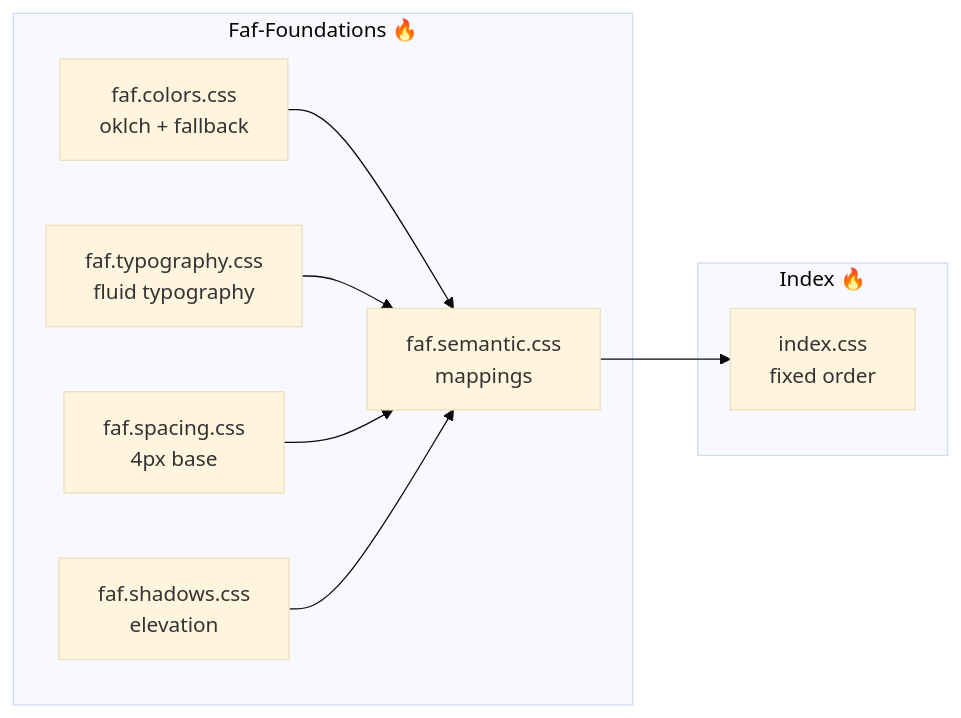
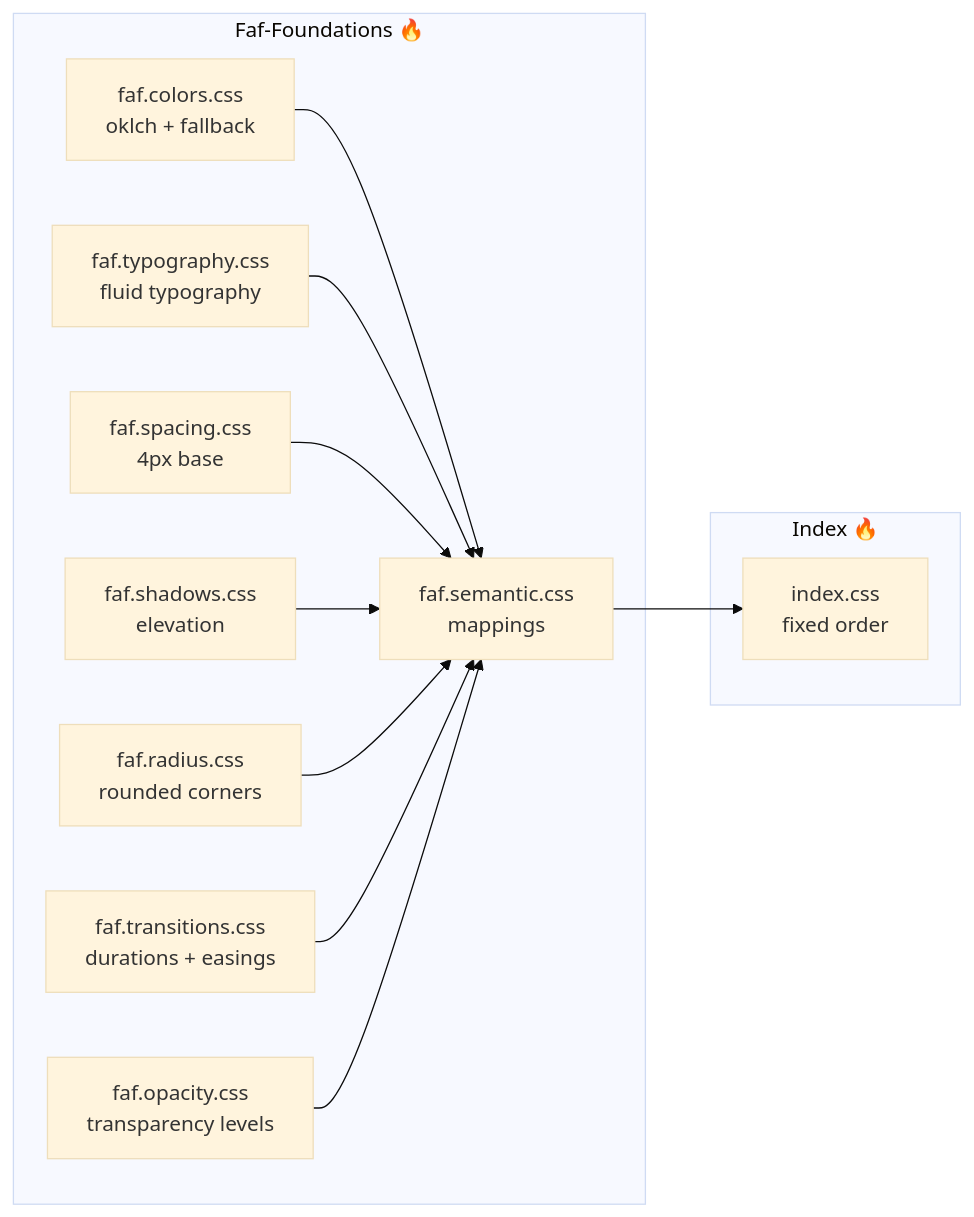
One commit to Kotrecon/faf-design-system changed the second of 4 diagrams in packages/foundations/README.md. Above: the diagram before and after it, drawn with Mermaid (base theme). The commit also changed other lines of this file and 42 other files, not shown here.

````diff
--- a/packages/foundations/README.md
+++ b/packages/foundations/README.md
@@ -104,21 +122,27 @@
 ```mermaid
 flowchart LR
     subgraph "Faf-Foundations 🔥"
         COLORS[faf.colors.css<br/>oklch + fallback]
         TYPO[faf.typography.css<br/>fluid typography]
         SPACE[faf.spacing.css<br/>4px base]
         SHADOWS[faf.shadows.css<br/>elevation]
+        RADIUS[faf.radius.css<br/>rounded corners]
+        TRANSITIONS[faf.transitions.css<br/>durations + easings]
+        OPACITY[faf.opacity.css<br/>transparency levels]
         SEMANTIC[faf.semantic.css<br/>mappings]
     end
 
     subgraph "Index 🔥"
         INDEX[index.css<br/>fixed order]
     end
 
     COLORS --> SEMANTIC
     TYPO --> SEMANTIC
     SPACE --> SEMANTIC
     SHADOWS --> SEMANTIC
+    RADIUS --> SEMANTIC
+    TRANSITIONS --> SEMANTIC
+    OPACITY --> SEMANTIC
 
     SEMANTIC --> INDEX
 ```
````
